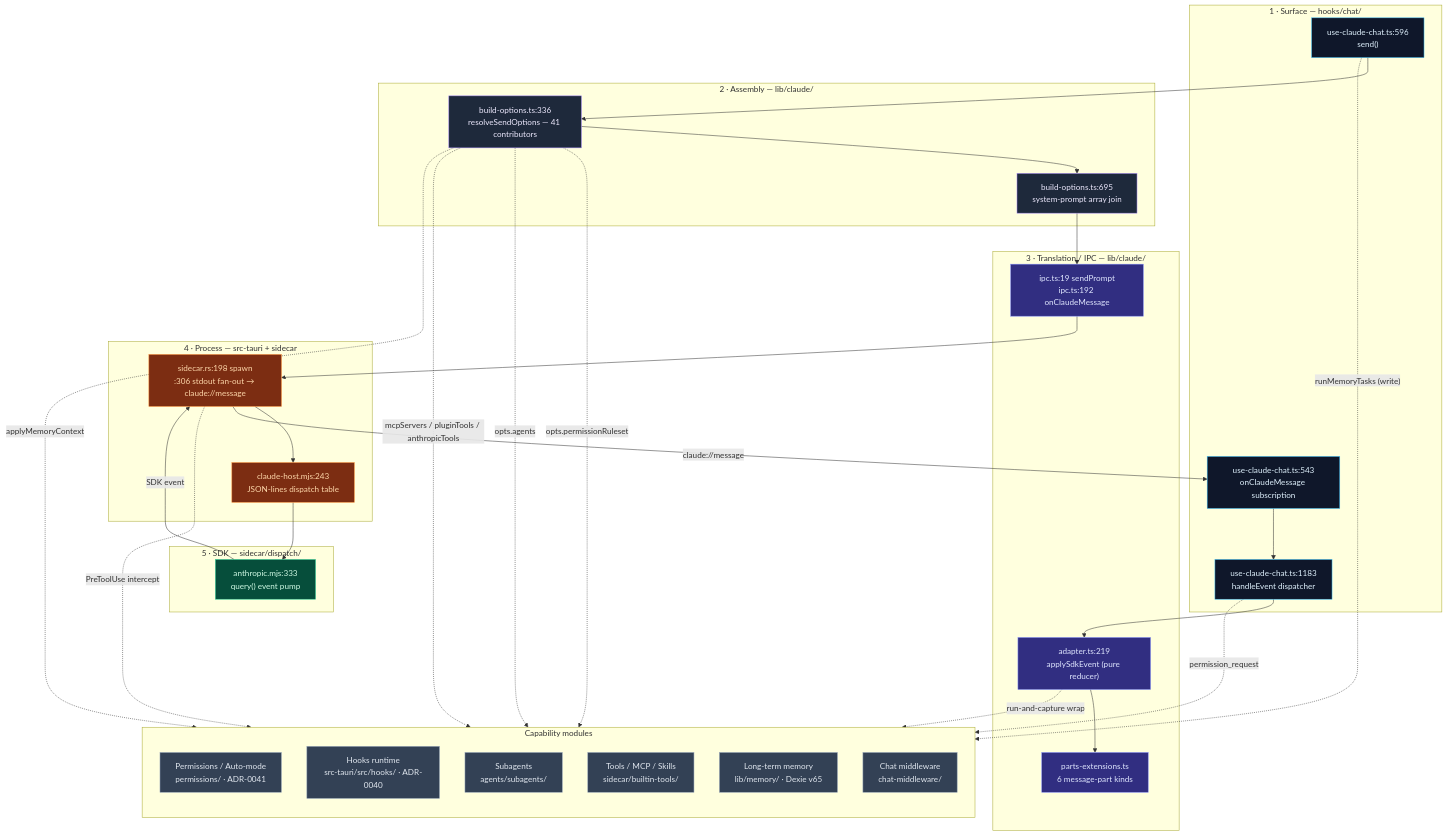
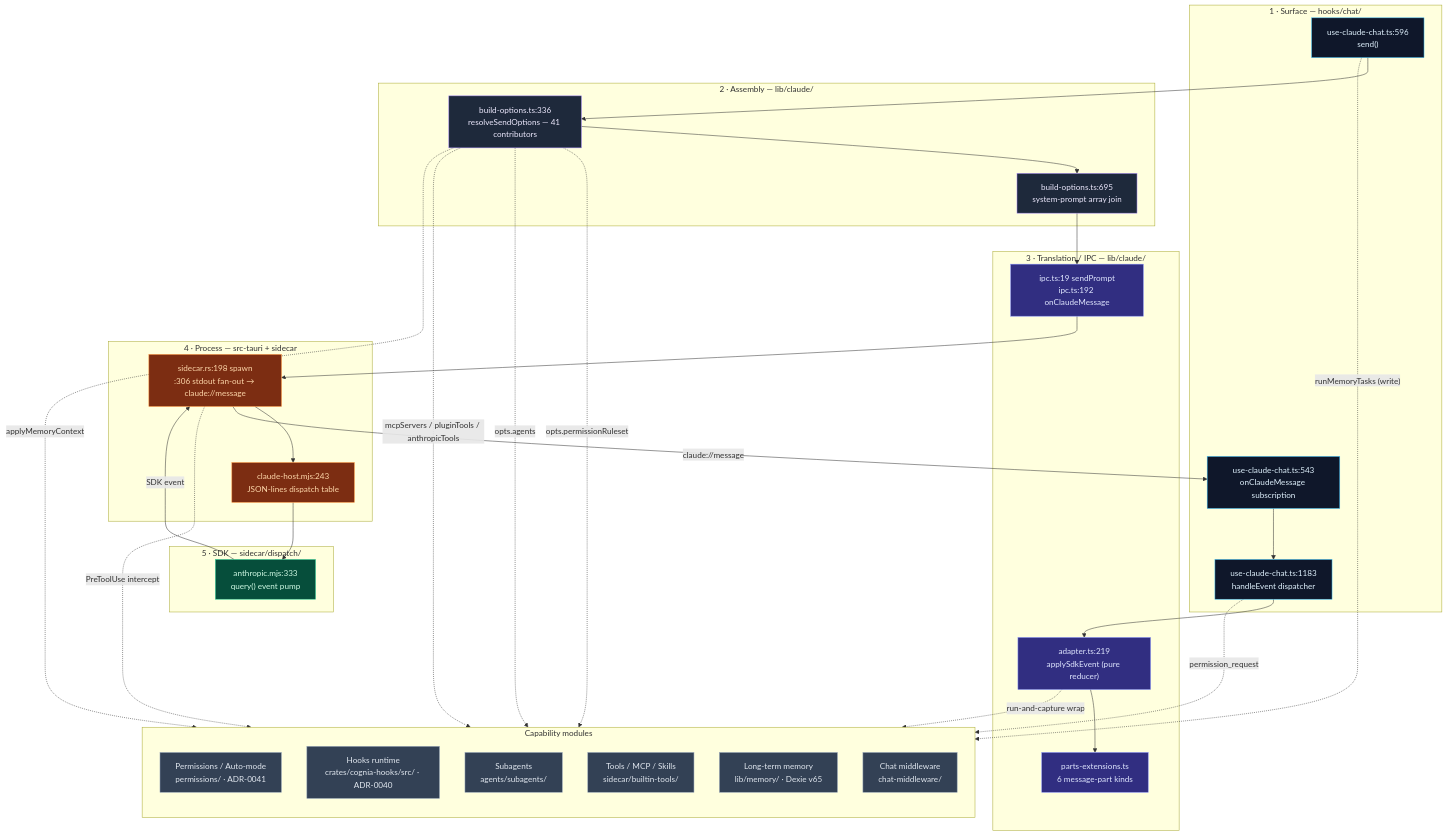
The first of 2 diagrams in docs/content/docs/en/chat/built-in-agent/index.mdx (MaxQian888/cognia-next), drawn with Mermaid before and after one commit. The commit also changed other lines of this file and 46 other files, not shown here.

````diff
--- a/docs/content/docs/en/chat/built-in-agent/index.mdx
+++ b/docs/content/docs/en/chat/built-in-agent/index.mdx
@@ -44,64 +44,64 @@
 ```mermaid
 flowchart TB
   subgraph SURFACE["1 · Surface — hooks/chat/"]
     SEND["use-claude-chat.ts:596<br/>send()"]
     SUBS["use-claude-chat.ts:543<br/>onClaudeMessage subscription"]
     HANDLE["use-claude-chat.ts:1183<br/>handleEvent dispatcher"]
   end
 
   subgraph ASSEMBLY["2 · Assembly — lib/claude/"]
     BUILD["build-options.ts:336<br/>resolveSendOptions — 41 contributors"]
     SYS["build-options.ts:695<br/>system-prompt array join"]
   end
 
   subgraph IPC["3 · Translation / IPC — lib/claude/"]
     IPCWRAP["ipc.ts:19 sendPrompt<br/>ipc.ts:192 onClaudeMessage"]
     ADAPT["adapter.ts:219<br/>applySdkEvent (pure reducer)"]
     PARTS["parts-extensions.ts<br/>6 message-part kinds"]
   end
 
   subgraph PROCESS["4 · Process — src-tauri + sidecar"]
     RUST["sidecar.rs:198 spawn<br/>:306 stdout fan-out → claude://message"]
     HOST["claude-host.mjs:243<br/>JSON-lines dispatch table"]
   end
 
   subgraph SDK["5 · SDK — sidecar/dispatch/"]
     QUERY["anthropic.mjs:333<br/>query() event pump"]
   end
 
   subgraph MODULES["Capability modules"]
     direction TB
     PERM["Permissions / Auto-mode<br/>permissions/ · ADR-0041"]
-    HOOKS["Hooks runtime<br/>src-tauri/src/hooks/ · ADR-0040"]
+    HOOKS["Hooks runtime<br/>crates/cognia-hooks/src/ · ADR-0040"]
     SUBAG["Subagents<br/>agents/subagents/"]
     TOOLS["Tools / MCP / Skills<br/>sidecar/builtin-tools/"]
     MEM["Long-term memory<br/>lib/memory/ · Dexie v65"]
     MID["Chat middleware<br/>chat-middleware/"]
   end
 
   SEND --> BUILD --> SYS --> IPCWRAP --> RUST --> HOST --> QUERY
   QUERY -- "SDK event" --> RUST -- "claude://message" --> SUBS --> HANDLE --> ADAPT
   ADAPT --> PARTS
 
   BUILD -.->|"opts.permissionRuleset"| PERM
   HANDLE -.->|"permission_request"| PERM
   RUST -.->|"PreToolUse intercept"| HOOKS
   BUILD -.->|"opts.agents"| SUBAG
   BUILD -.->|"mcpServers / pluginTools / anthropicTools"| TOOLS
   BUILD -.->|"applyMemoryContext"| MEM
   SEND -.->|"runMemoryTasks (write)"| MEM
   ADAPT -.->|"run-and-capture wrap"| MID
 
   classDef surface fill:#0f172a,stroke:#38bdf8,color:#e0f2fe
   classDef assembly fill:#1e293b,stroke:#a78bfa,color:#ede9fe
   classDef ipc fill:#312e81,stroke:#818cf8,color:#e0e7ff
   classDef process fill:#7c2d12,stroke:#fb923c,color:#fed7aa
   classDef sdk fill:#064e3b,stroke:#34d399,color:#d1fae5
   classDef mod fill:#334155,stroke:#94a3b8,color:#e2e8f0
   class SEND,SUBS,HANDLE surface
   class BUILD,SYS assembly
   class IPCWRAP,ADAPT,PARTS ipc
   class RUST,HOST process
   class QUERY sdk
   class PERM,HOOKS,SUBAG,TOOLS,MEM,MID mod
 ```
````
